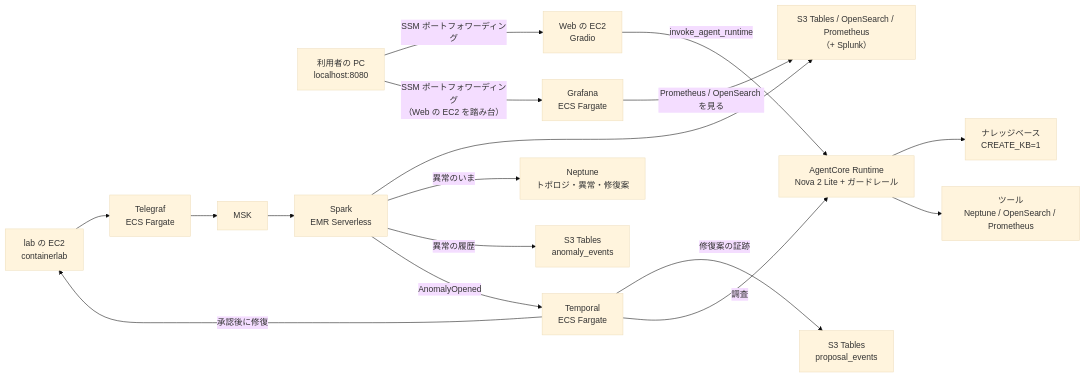
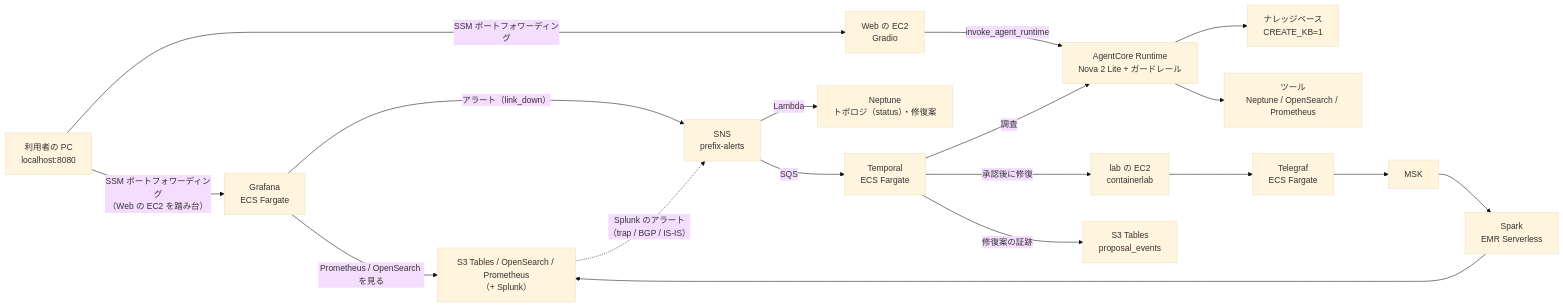
Before and after one commit to eddie-eights/cf-netops-sandbox: the diagram in README.md, drawn with Mermaid (base theme). The commit also changed other lines of this file and 10 other files, not shown here.

Commit message:
docs: 検知を Grafana / Splunk のアラート（SNS）に移したことに合わせた

````diff
--- a/README.md
+++ b/README.md
@@ -8,16 +8,17 @@
 ```mermaid
 flowchart LR
   PC["利用者の PC<br/>localhost:8080"] -->|"SSM ポートフォワーディング"| WEB["Web の EC2<br/>Gradio"]
   WEB -->|"invoke_agent_runtime"| RT["AgentCore Runtime<br/>Nova 2 Lite + ガードレール"]
   RT --> KB["ナレッジベース<br/>CREATE_KB=1"]
   RT --> TOOLS["ツール<br/>Neptune / OpenSearch / Prometheus"]
   LAB["lab の EC2<br/>containerlab"] --> TG["Telegraf<br/>ECS Fargate"] --> MSK["MSK"] --> SPARK["Spark<br/>EMR Serverless"]
   SPARK --> STORE["S3 Tables / OpenSearch / Prometheus<br/>（+ Splunk）"]
   PC -->|"SSM ポートフォワーディング<br/>（Web の EC2 を踏み台）"| GRAF["Grafana<br/>ECS Fargate"] -->|"Prometheus / OpenSearch を見る"| STORE
-  SPARK -->|"異常のいま"| NEP["Neptune<br/>トポロジ・異常・修復案"]
-  SPARK -->|"異常の履歴"| AUDIT["S3 Tables<br/>anomaly_events"]
+  GRAF -->|"アラート（link_down）"| SNS["SNS<br/>prefix-alerts"]
+  STORE -.->|"Splunk のアラート<br/>（trap / BGP / IS-IS）"| SNS
+  SNS -->|"Lambda"| NEP["Neptune<br/>トポロジ（status）・修復案"]
+  SNS -->|"SQS"| WF["Temporal<br/>ECS Fargate"]
   WF -->|"修復案の証跡"| PAUDIT["S3 Tables<br/>proposal_events"]
-  SPARK -->|"AnomalyOpened"| WF["Temporal<br/>ECS Fargate"]
   WF -->|"調査"| RT
   WF -->|"承認後に修復"| LAB
 ```
````
